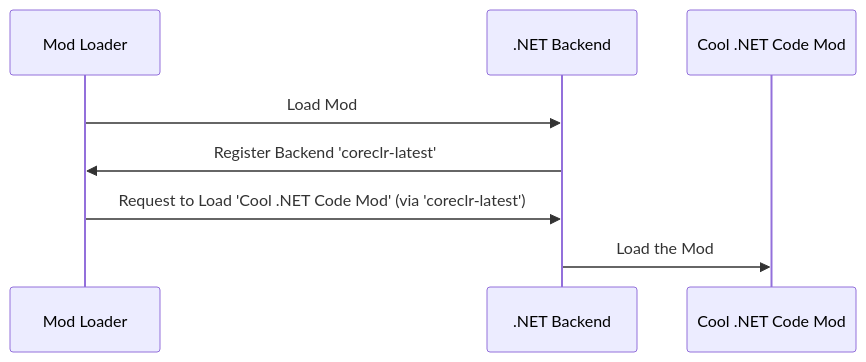
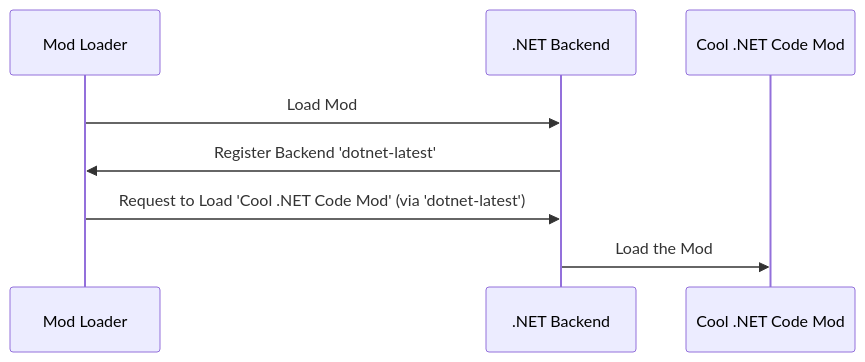
Before and after one commit to Reloaded-Project/Reloaded-III: the second of 4 diagrams in docs/Loader/Core-Architecture.md, drawn with Mermaid. The commit also changed other lines of this file and 2 other files, not shown here.

Commit message:
Renamed: coreclr-latest to dotnet-latest

````diff
--- a/docs/Loader/Core-Architecture.md
+++ b/docs/Loader/Core-Architecture.md
@@ -188,14 +188,14 @@
 ```mermaid
 sequenceDiagram
 
     % Define Items
     participant Mod Loader
     participant .NET Backend
     participant Cool .NET Code Mod
 
     % Define Actions
     Mod Loader->>.NET Backend: Load Mod
-    .NET Backend->>Mod Loader: Register Backend 'coreclr-latest'
-    Mod Loader->>.NET Backend: Request to Load 'Cool .NET Code Mod' (via 'coreclr-latest')
+    .NET Backend->>Mod Loader: Register Backend 'dotnet-latest'
+    Mod Loader->>.NET Backend: Request to Load 'Cool .NET Code Mod' (via 'dotnet-latest')
     .NET Backend->>Cool .NET Code Mod: Load the Mod
 ```
````
